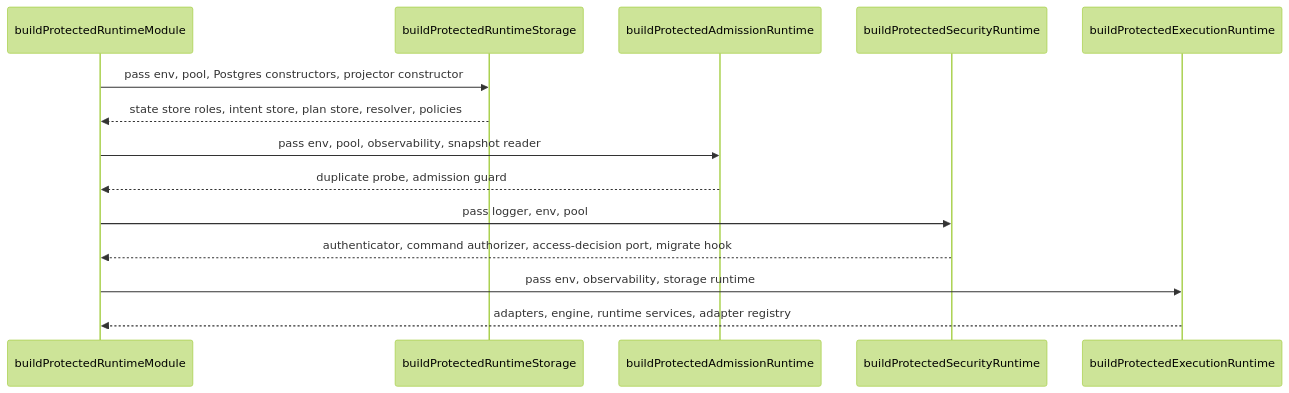
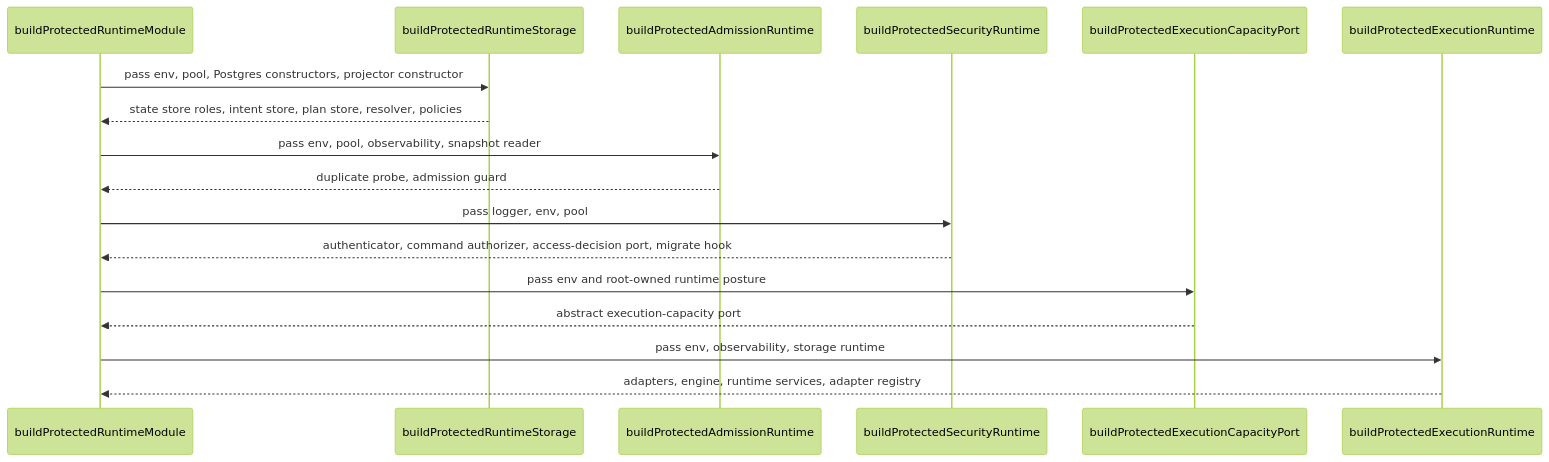
Before and after one commit to dunay2/dvt: the second of 2 diagrams in apps/api/docs/protected-runtime-dependency-builders-component.md, drawn with Mermaid (forest theme). The commit also changed other lines of this file and 17 other files, not shown here.

Commit message:
feat(api): Bind execution capacity through protected runtime root

````diff
--- a/apps/api/docs/protected-runtime-dependency-builders-component.md
+++ b/apps/api/docs/protected-runtime-dependency-builders-component.md
@@ -106,17 +116,20 @@
 ```mermaid
 sequenceDiagram
   participant Root as buildProtectedRuntimeModule
   participant Storage as buildProtectedRuntimeStorage
   participant Admission as buildProtectedAdmissionRuntime
   participant Security as buildProtectedSecurityRuntime
+  participant Capacity as buildProtectedExecutionCapacityPort
   participant Execution as buildProtectedExecutionRuntime
 
   Root->>Storage: pass env, pool, Postgres constructors, projector constructor
   Storage-->>Root: state store roles, intent store, plan store, resolver, policies
   Root->>Admission: pass env, pool, observability, snapshot reader
   Admission-->>Root: duplicate probe, admission guard
   Root->>Security: pass logger, env, pool
   Security-->>Root: authenticator, command authorizer, access-decision port, migrate hook
+  Root->>Capacity: pass env and root-owned runtime posture
+  Capacity-->>Root: abstract execution-capacity port
   Root->>Execution: pass env, observability, storage runtime
   Execution-->>Root: adapters, engine, runtime services, adapter registry
 ```
````
